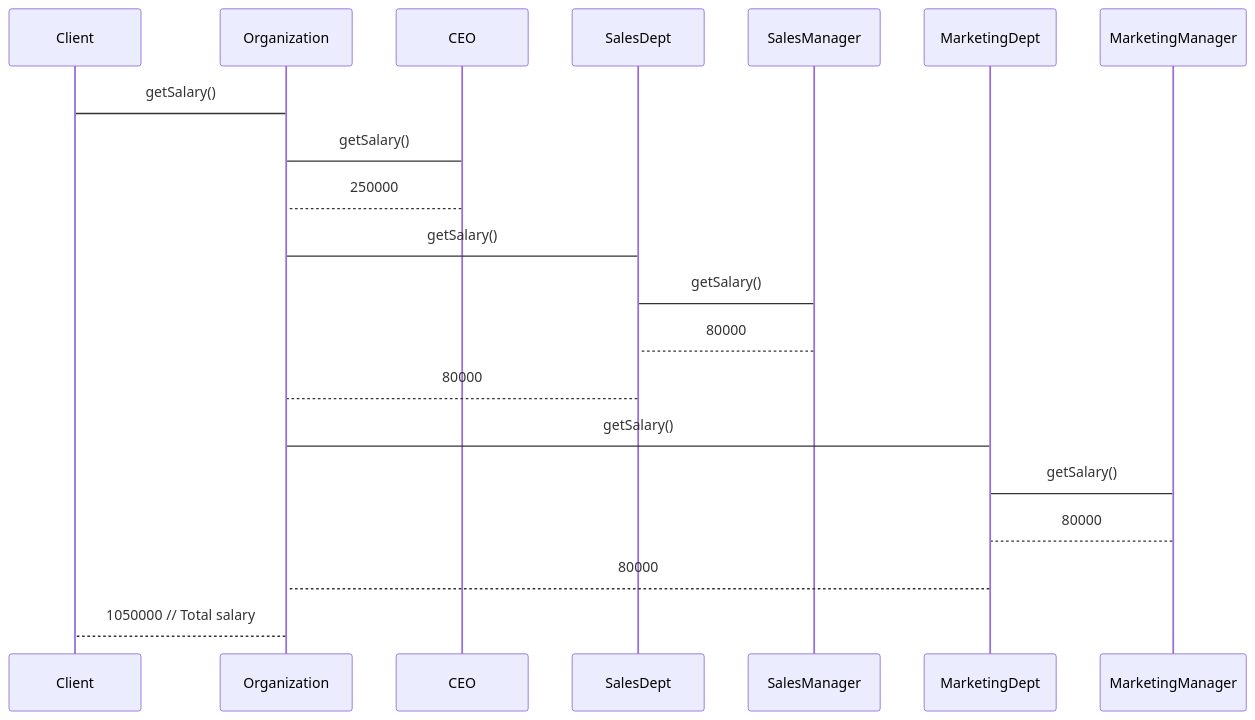
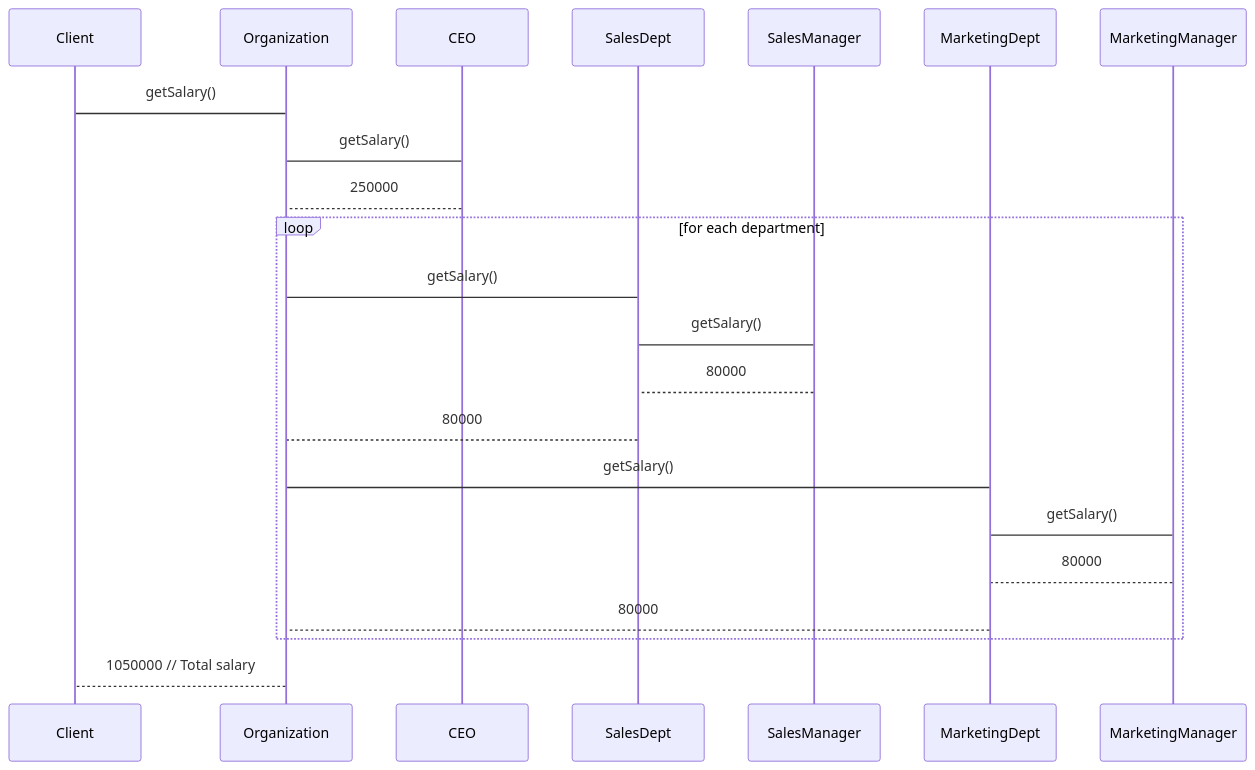
Before and after one commit to dellius-alexander/Design-Patterns: the second of 2 diagrams in Composite/README.md, drawn with Mermaid. The commit also changed other lines of this file and 1 other file, not shown here.

````diff
--- a/Composite/README.md
+++ b/Composite/README.md
@@ -34,18 +64,20 @@
 ```mermaid
 sequenceDiagram
     participant Client
     participant Organization
 
     Client->Organization: getSalary()
     Organization->CEO: getSalary()
     CEO-->Organization: 250000
-    Organization->SalesDept: getSalary()
-    SalesDept->SalesManager: getSalary()
-    SalesManager-->SalesDept: 80000
-    SalesDept-->Organization: 80000
-    Organization->MarketingDept: getSalary()
-    MarketingDept->MarketingManager: getSalary()
-    MarketingManager-->MarketingDept: 80000
-    MarketingDept-->Organization: 80000
+    loop for each department
+        Organization->SalesDept: getSalary()
+        SalesDept->SalesManager: getSalary()
+        SalesManager-->SalesDept: 80000
+        SalesDept-->Organization: 80000
+        Organization->MarketingDept: getSalary()
+        MarketingDept->MarketingManager: getSalary()
+        MarketingManager-->MarketingDept: 80000
+        MarketingDept-->Organization: 80000
+    end
     Organization-->Client: 1050000  // Total salary
 ```
````
